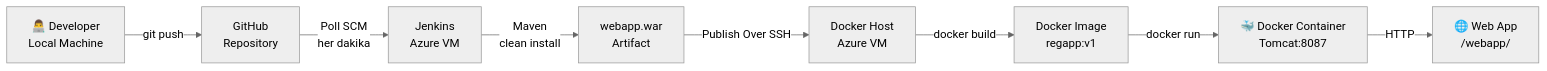
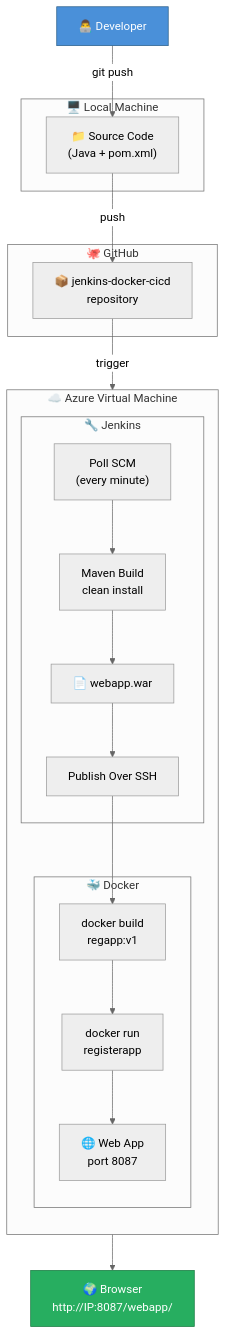
One commit to eminakkurtt/jenkins-docker-cicd changed the diagram in README.md. Above: the diagram before and after it, drawn with Mermaid (neutral theme).

Commit message:
update architecture diagram

````diff
--- a/README.md
+++ b/README.md
@@ -7,10 +7,44 @@
 ```mermaid
-flowchart LR
-    A[👨‍💻 Developer\nLocal Machine] -->|git push| B[GitHub\nRepository]
-    B -->|Poll SCM\nher dakika| C[Jenkins\nAzure VM]
-    C -->|Maven\nclean install| D[webapp.war\nArtifact]
-    D -->|Publish Over SSH| E[Docker Host\nAzure VM]
-    E -->|docker build| F[Docker Image\nregapp:v1]
-    F -->|docker run| G[🐳 Docker Container\nTomcat:8087]
-    G -->|HTTP| H[🌐 Web App\n/webapp/]
+flowchart TD
+    DEV["👨‍💻 Developer"]:::dev
+
+    subgraph LOCAL["🖥️ Local Machine"]
+        CODE["📁 Source Code\n(Java + pom.xml)"]
+    end
+
+    subgraph GITHUB["🐙 GitHub"]
+        REPO["📦 jenkins-docker-cicd\nrepository"]
+    end
+
+    subgraph AZURE["☁️ Azure Virtual Machine"]
+        direction TB
+        subgraph JENKINS["🔧 Jenkins"]
+            POLL["Poll SCM\n(every minute)"]
+            MAVEN["Maven Build\nclean install"]
+            WAR["📄 webapp.war"]
+            SSH["Publish Over SSH"]
+        end
+
+        subgraph DOCKER["🐳 Docker"]
+            BUILD["docker build\nregapp:v1"]
+            RUN["docker run\nregisterapp"]
+            APP["🌐 Web App\nport 8087"]
+        end
+    end
+
+    BROWSER["🌍 Browser\nhttp://IP:8087/webapp/"]:::browser
+
+    DEV -->|git push| CODE
+    CODE -->|push| REPO
+    REPO -->|trigger| POLL
+    POLL --> MAVEN
+    MAVEN --> WAR
+    WAR --> SSH
+    SSH --> BUILD
+    BUILD --> RUN
+    RUN --> APP
+    APP --> BROWSER
+
+    classDef dev fill:#4A90D9,stroke:#2C5F8A,color:#fff
+    classDef browser fill:#27AE60,stroke:#1A7A42,color:#fff
 ```
````
